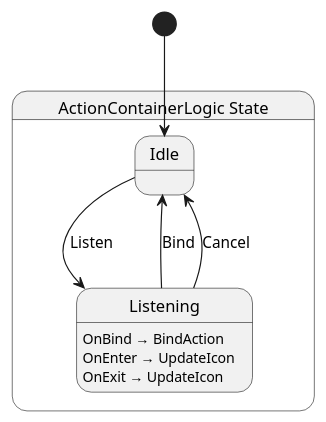
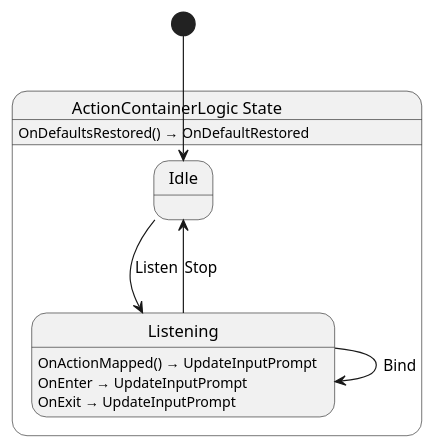
One commit to nilsiker/yolk changed the diagram in Yolk.ExampleGame/options_menu/ActionBindButton.g.puml. Above: the diagram before and after it, drawn with PlantUML. The commit also changed 19 other files, not shown here.

```diff
--- a/Yolk.ExampleGame/options_menu/ActionBindButton.g.puml
+++ b/Yolk.ExampleGame/options_menu/ActionBindButton.g.puml
@@ -1,16 +1,17 @@
 @startuml ActionContainerLogic
 state "ActionContainerLogic State" as Yolk_UI_Options_ActionBindButton_ActionContainerLogic_State {
   state "Idle" as Yolk_UI_Options_ActionBindButton_ActionContainerLogic_State_Idle
   state "Listening" as Yolk_UI_Options_ActionBindButton_ActionContainerLogic_State_Listening
 }
 
 Yolk_UI_Options_ActionBindButton_ActionContainerLogic_State_Idle --> Yolk_UI_Options_ActionBindButton_ActionContainerLogic_State_Listening : Listen
-Yolk_UI_Options_ActionBindButton_ActionContainerLogic_State_Listening --> Yolk_UI_Options_ActionBindButton_ActionContainerLogic_State_Idle : Bind
-Yolk_UI_Options_ActionBindButton_ActionContainerLogic_State_Listening --> Yolk_UI_Options_ActionBindButton_ActionContainerLogic_State_Idle : Cancel
+Yolk_UI_Options_ActionBindButton_ActionContainerLogic_State_Listening --> Yolk_UI_Options_ActionBindButton_ActionContainerLogic_State_Idle : Stop
+Yolk_UI_Options_ActionBindButton_ActionContainerLogic_State_Listening --> Yolk_UI_Options_ActionBindButton_ActionContainerLogic_State_Listening : Bind
 
-Yolk_UI_Options_ActionBindButton_ActionContainerLogic_State_Listening : OnBind → BindAction
-Yolk_UI_Options_ActionBindButton_ActionContainerLogic_State_Listening : OnEnter → UpdateIcon
-Yolk_UI_Options_ActionBindButton_ActionContainerLogic_State_Listening : OnExit → UpdateIcon
+Yolk_UI_Options_ActionBindButton_ActionContainerLogic_State : OnDefaultsRestored() → OnDefaultRestored
+Yolk_UI_Options_ActionBindButton_ActionContainerLogic_State_Listening : OnActionMapped() → UpdateInputPrompt
+Yolk_UI_Options_ActionBindButton_ActionContainerLogic_State_Listening : OnEnter → UpdateInputPrompt
+Yolk_UI_Options_ActionBindButton_ActionContainerLogic_State_Listening : OnExit → UpdateInputPrompt
 
 [*] --> Yolk_UI_Options_ActionBindButton_ActionContainerLogic_State_Idle
 @enduml
```
